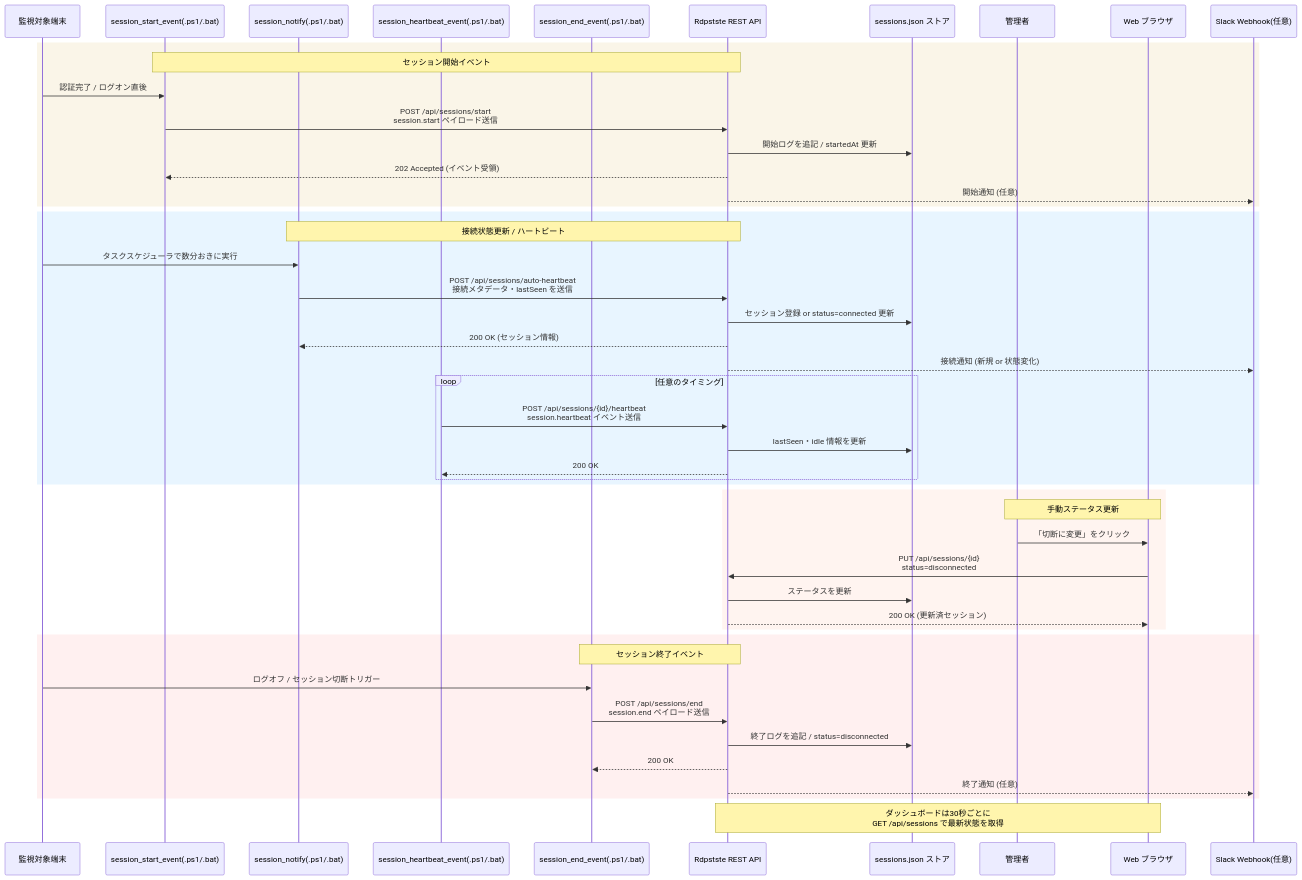
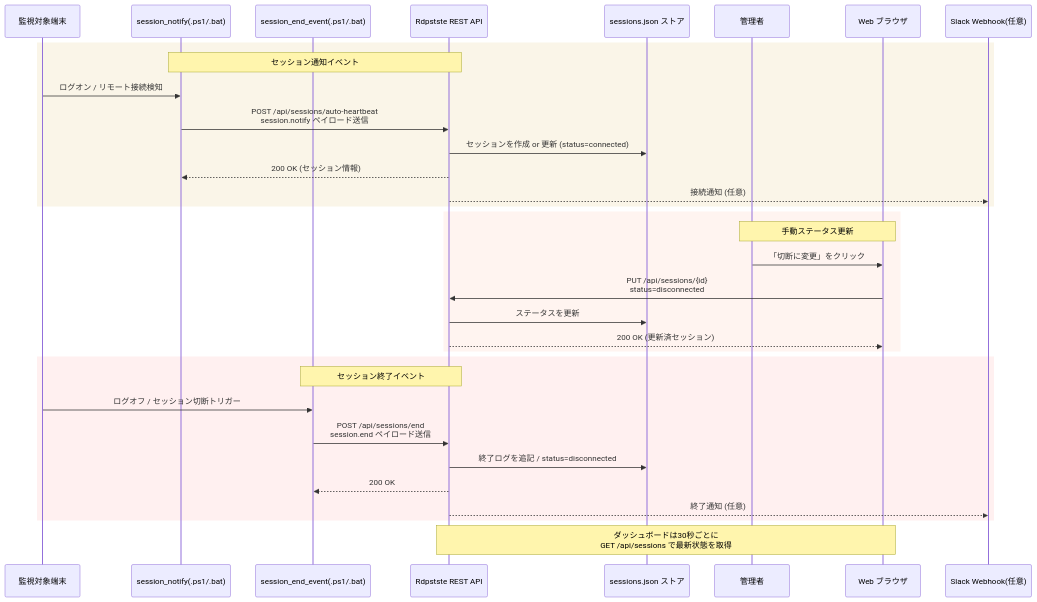
The second of 3 diagrams in docs/session-events-diagrams.md (k-z-w-e-b-3-1-0/Rdpstste), drawn with Mermaid before and after one commit. The commit also changed other lines of this file and 10 other files, not shown here.

Commit message:
docs: describe event-driven session notifications

````diff
--- a/docs/session-events-diagrams.md
+++ b/docs/session-events-diagrams.md
@@ -56,55 +50,39 @@
 ```mermaid
 sequenceDiagram
     participant Client as 監視対象端末
-    participant StartAgent as session_start_event(.ps1/.bat)
-    participant Agent as session_notify(.ps1/.bat)
-    participant Manual as session_heartbeat_event(.ps1/.bat)
+    participant NotifyAgent as session_notify(.ps1/.bat)
     participant EndAgent as session_end_event(.ps1/.bat)
     participant Api as Rdpstste REST API
     participant Store as sessions.json ストア
     participant Operator as 管理者
     participant Browser as Web ブラウザ
     participant Slack as Slack Webhook(任意)
 
     rect rgb(250,245,232)
-        note over StartAgent,Api: セッション開始イベント
-        Client->>StartAgent: 認証完了 / ログオン直後
-        StartAgent->>Api: POST /api/sessions/start<br/>session.start ペイロード送信
-        Api->>Store: 開始ログを追記 / startedAt 更新
-        Api-->>StartAgent: 202 Accepted (イベント受領)
-        Api-->>Slack: 開始通知 (任意)
-    end
-
-    rect rgb(232,245,255)
-        note over Agent,Api: 接続状態更新 / ハートビート
-        Client->>Agent: タスクスケジューラで数分おきに実行
-        Agent->>Api: POST /api/sessions/auto-heartbeat<br/>接続メタデータ・lastSeen を送信
-        Api->>Store: セッション登録 or status=connected 更新
-        Api-->>Agent: 200 OK (セッション情報)
-        Api-->>Slack: 接続通知 (新規 or 状態変化)
-        loop 任意のタイミング
-            Manual->>Api: POST /api/sessions/{id}/heartbeat<br/>session.heartbeat イベント送信
-            Api->>Store: lastSeen・idle 情報を更新
-            Api-->>Manual: 200 OK
-        end
+        note over NotifyAgent,Api: セッション通知イベント
+        Client->>NotifyAgent: ログオン / リモート接続検知
+        NotifyAgent->>Api: POST /api/sessions/auto-heartbeat<br/>session.notify ペイロード送信
+        Api->>Store: セッションを作成 or 更新 (status=connected)
+        Api-->>NotifyAgent: 200 OK (セッション情報)
+        Api-->>Slack: 接続通知 (任意)
     end
 
     rect rgb(255,244,240)
         note over Operator,Browser: 手動ステータス更新
         Operator->>Browser: 「切断に変更」をクリック
         Browser->>Api: PUT /api/sessions/{id}<br/>status=disconnected
         Api->>Store: ステータスを更新
         Api-->>Browser: 200 OK (更新済セッション)
     end
 
     rect rgb(255,240,240)
         note over EndAgent,Api: セッション終了イベント
         Client->>EndAgent: ログオフ / セッション切断トリガー
         EndAgent->>Api: POST /api/sessions/end<br/>session.end ペイロード送信
         Api->>Store: 終了ログを追記 / status=disconnected
         Api-->>EndAgent: 200 OK
         Api-->>Slack: 終了通知 (任意)
     end
 
     Note over Browser,Api: ダッシュボードは30秒ごとに<br/>GET /api/sessions で最新状態を取得
 ```
````
